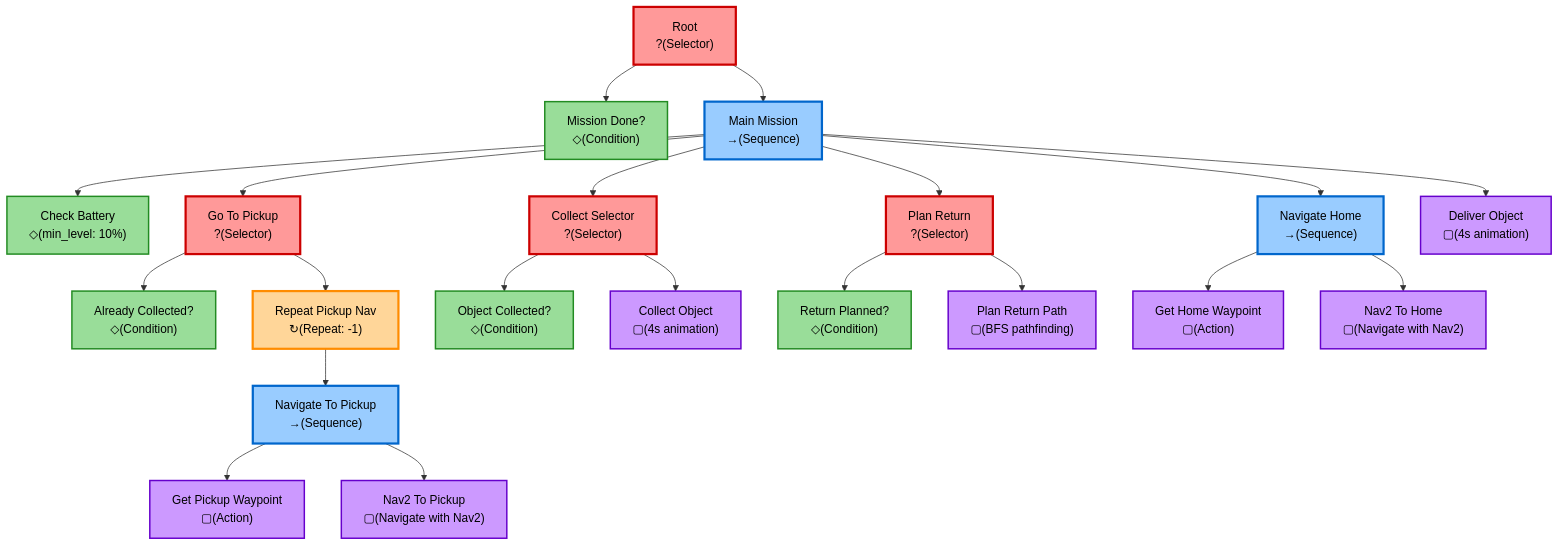
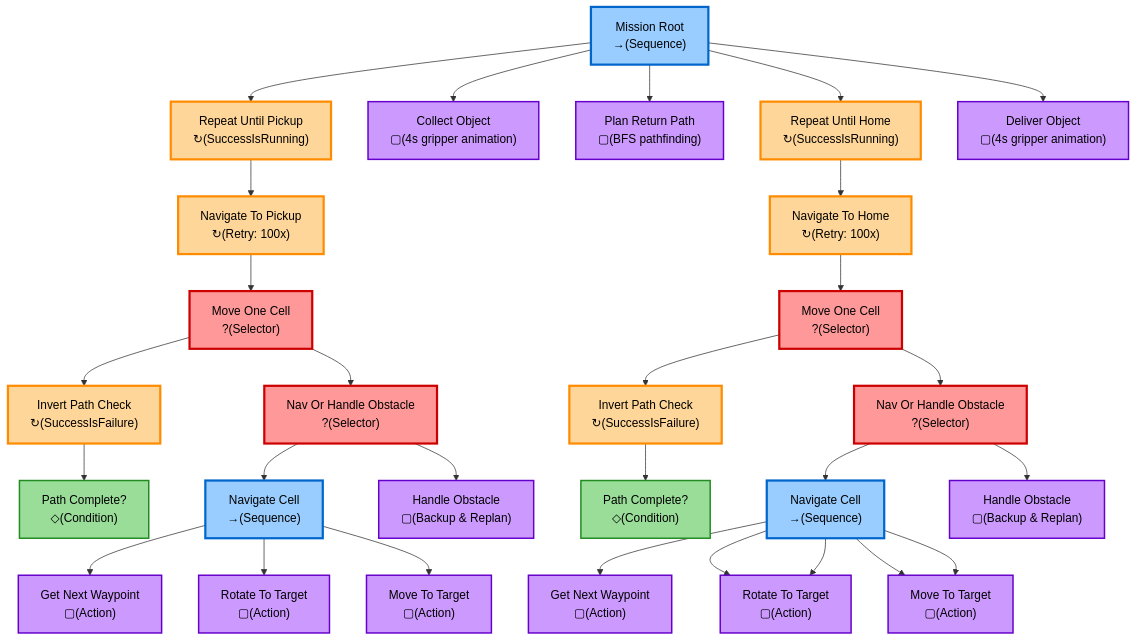
The diagram in courier_behavior_tree.mmd (flavcaro/courier_robot), drawn with Mermaid before and after one commit. The commit also changed 4 other files, not shown here.

Commit message:
aggiunto nav2_mission_controller_bt.py, adesso il robot usa questo file

```diff
--- a/courier_behavior_tree.mmd
+++ b/courier_behavior_tree.mmd
@@ -1,86 +1,93 @@
-%% Courier Robot Behavior Tree
-%% Generated from courier_behavior_tree.py
+%% Courier Robot Behavior Tree - ACTUAL IMPLEMENTATION
+%% Generated from nav2_mission_controller_bt.py
 %% 
 %% Node Types:
 %% - Selector: ? (try children in order until one succeeds)
 %% - Sequence: → (execute children in order, fail if any fails)
 %% - Decorator: ↻ (modifies child behavior)
 %% - Condition: ◇ (check/test)
 %% - Action: ▢ (do something)
 
 flowchart TD
-    Root["Root<br/>?(Selector)"]
+    Root["Mission Root<br/>→(Sequence)"]
     
-    %% Left branch - Mission Complete Check
-    MissionDone["Mission Done?<br/>◇(Condition)"]
+    %% Phase 1: Navigate To Pickup
+    RepeatPickup["Repeat Until Pickup<br/>↻(SuccessIsRunning)"]
+    NavPickupRetry["Navigate To Pickup<br/>↻(Retry: 100x)"]
+    MoveCell1["Move One Cell<br/>?(Selector)"]
+    PathCheck1["Invert Path Check<br/>↻(SuccessIsFailure)"]
+    IsComplete1["Path Complete?<br/>◇(Condition)"]
+    NavOrHandle1["Nav Or Handle Obstacle<br/>?(Selector)"]
+    NavSeq1["Navigate Cell<br/>→(Sequence)"]
+    GetWaypoint1["Get Next Waypoint<br/>▢(Action)"]
+    Rotate1["Rotate To Target<br/>▢(Action)"]
+    Move1["Move To Target<br/>▢(Action)"]
+    HandleObs1["Handle Obstacle<br/>▢(Backup & Replan)"]
     
-    %% Right branch - Main Mission
-    MainMission["Main Mission<br/>→(Sequence)"]
+    %% Phase 2: Collect
+    CollectObject["Collect Object<br/>▢(4s gripper animation)"]
     
-    %% Battery Check
-    BatteryCheck["Check Battery<br/>◇(min_level: 10%)"]
+    %% Phase 3: Plan Return
+    PlanReturn["Plan Return Path<br/>▢(BFS pathfinding)"]
     
-    %% Go To Pickup
-    GoToPickup["Go To Pickup<br/>?(Selector)"]
-    AlreadyAtPickup["Already Collected?<br/>◇(Condition)"]
-    RepeatPickupNav["Repeat Pickup Nav<br/>↻(Repeat: -1)"]
-    NavToPickup["Navigate To Pickup<br/>→(Sequence)"]
-    GetWaypointPickup["Get Pickup Waypoint<br/>▢(Action)"]
-    Nav2ToPickup["Nav2 To Pickup<br/>▢(Navigate with Nav2)"]
+    %% Phase 4: Navigate Home
+    RepeatHome["Repeat Until Home<br/>↻(SuccessIsRunning)"]
+    NavHomeRetry["Navigate To Home<br/>↻(Retry: 100x)"]
+    MoveCell2["Move One Cell<br/>?(Selector)"]
+    PathCheck2["Invert Path Check<br/>↻(SuccessIsFailure)"]
+    IsComplete2["Path Complete?<br/>◇(Condition)"]
+    NavOrHandle2["Nav Or Handle Obstacle<br/>?(Selector)"]
+    NavSeq2["Navigate Cell<br/>→(Sequence)"]
+    GetWaypoint2["Get Next Waypoint<br/>▢(Action)"]
+    Rotate2["Rotate To Target<br/>▢(Action)"]
+    Move2["Move To Target<br/>▢(Action)"]
+    HandleObs2["Handle Obstacle<br/>▢(Backup & Replan)"]
     
-    %% Collect Object
-    CollectSelector["Collect Selector<br/>?(Selector)"]
-    AlreadyCollected["Object Collected?<br/>◇(Condition)"]
-    CollectObject["Collect Object<br/>▢(4s animation)"]
+    %% Phase 5: Deliver
+    Deliver["Deliver Object<br/>▢(4s gripper animation)"]
     
-    %% Plan Return
-    PlanReturn["Plan Return<br/>?(Selector)"]
-    ReturnPlanned["Return Planned?<br/>◇(Condition)"]
-    PlanReturnPath["Plan Return Path<br/>▢(BFS pathfinding)"]
+    %% Main sequence connections
+    Root --> RepeatPickup
+    Root --> CollectObject
+    Root --> PlanReturn
+    Root --> RepeatHome
+    Root --> Deliver
     
-    %% Navigate Home
-    NavHome["Navigate Home<br/>→(Sequence)"]
-    GetWaypointHome["Get Home Waypoint<br/>▢(Action)"]
-    Nav2ToHome["Nav2 To Home<br/>▢(Navigate with Nav2)"]
+    %% Navigate to Pickup structure
+    RepeatPickup --> NavPickupRetry
+    NavPickupRetry --> MoveCell1
+    MoveCell1 --> PathCheck1
+    MoveCell1 --> NavOrHandle1
+    PathCheck1 --> IsComplete1
+    NavOrHandle1 --> NavSeq1
+    NavOrHandle1 --> HandleObs1
+    NavSeq1 --> GetWaypoint1
+    NavSeq1 --> Rotate1
+    NavSeq1 --> Move1
     
-    %% Deliver Object
-    Deliver["Deliver Object<br/>▢(4s animation)"]
-    
-    %% Connections
-    Root --> MissionDone
-    Root --> MainMission
-    
-    MainMission --> BatteryCheck
-    MainMission --> GoToPickup
-    MainMission --> CollectSelector
-    MainMission --> PlanReturn
-    MainMission --> NavHome
-    MainMission --> Deliver
-    
-    GoToPickup --> AlreadyAtPickup
-    GoToPickup --> RepeatPickupNav
-    RepeatPickupNav --> NavToPickup
-    NavToPickup --> GetWaypointPickup
-    NavToPickup --> Nav2ToPickup
-    
-    CollectSelector --> AlreadyCollected
-    CollectSelector --> CollectObject
-    
-    PlanReturn --> ReturnPlanned
-    PlanReturn --> PlanReturnPath
-    
-    NavHome --> GetWaypointHome
-    NavHome --> Nav2ToHome
+    %% Navigate to Home structure
+    RepeatHome --> NavHomeRetry
+    NavHomeRetry --> MoveCell2
+    MoveCell2 --> PathCheck2
+    MoveCell2 --> NavOrHandle2
+    PathCheck2 --> IsComplete2
+    NavOrHandle2 --> NavSeq2
+    NavOrHandle2 --> HandleObs2
+    NavSeq2 --> GetWaypoint2
+    NavSeq2 --> Rotate2
+    NavSeq2 --> Move2
+    NavSeq2 --> Rotate2
+    NavSeq2 --> Move2
     
     %% Styling
     classDef selector fill:#FF9999,stroke:#CC0000,stroke-width:3px,color:#000
     classDef sequence fill:#99CCFF,stroke:#0066CC,stroke-width:3px,color:#000
     classDef decorator fill:#FFD699,stroke:#FF8C00,stroke-width:3px,color:#000
     classDef condition fill:#99DD99,stroke:#228B22,stroke-width:2px,color:#000
     classDef action fill:#CC99FF,stroke:#6600CC,stroke-width:2px,color:#000
     
-    class Root,GoToPickup,CollectSelector,PlanReturn selector
-    class MainMission,NavToPickup,NavHome sequence
-    class RepeatPickupNav decorator
-    class MissionDone,AlreadyAtPickup,BatteryCheck,AlreadyCollected,ReturnPlanned condition
-    class GetWaypointPickup,Nav2ToPickup,CollectObject,PlanReturnPath,GetWaypointHome,Nav2ToHome,Deliver action
+    class MoveCell1,MoveCell2,NavOrHandle1,NavOrHandle2 selector
+    class Root,NavSeq1,NavSeq2 sequence
+    class RepeatPickup,RepeatHome,NavPickupRetry,NavHomeRetry,PathCheck1,PathCheck2 decorator
+    class IsComplete1,IsComplete2 condition
+    class GetWaypoint1,Rotate1,Move1,HandleObs1,CollectObject,PlanReturn,GetWaypoint2,Rotate2,Move2,HandleObs2,Deliver action
```
